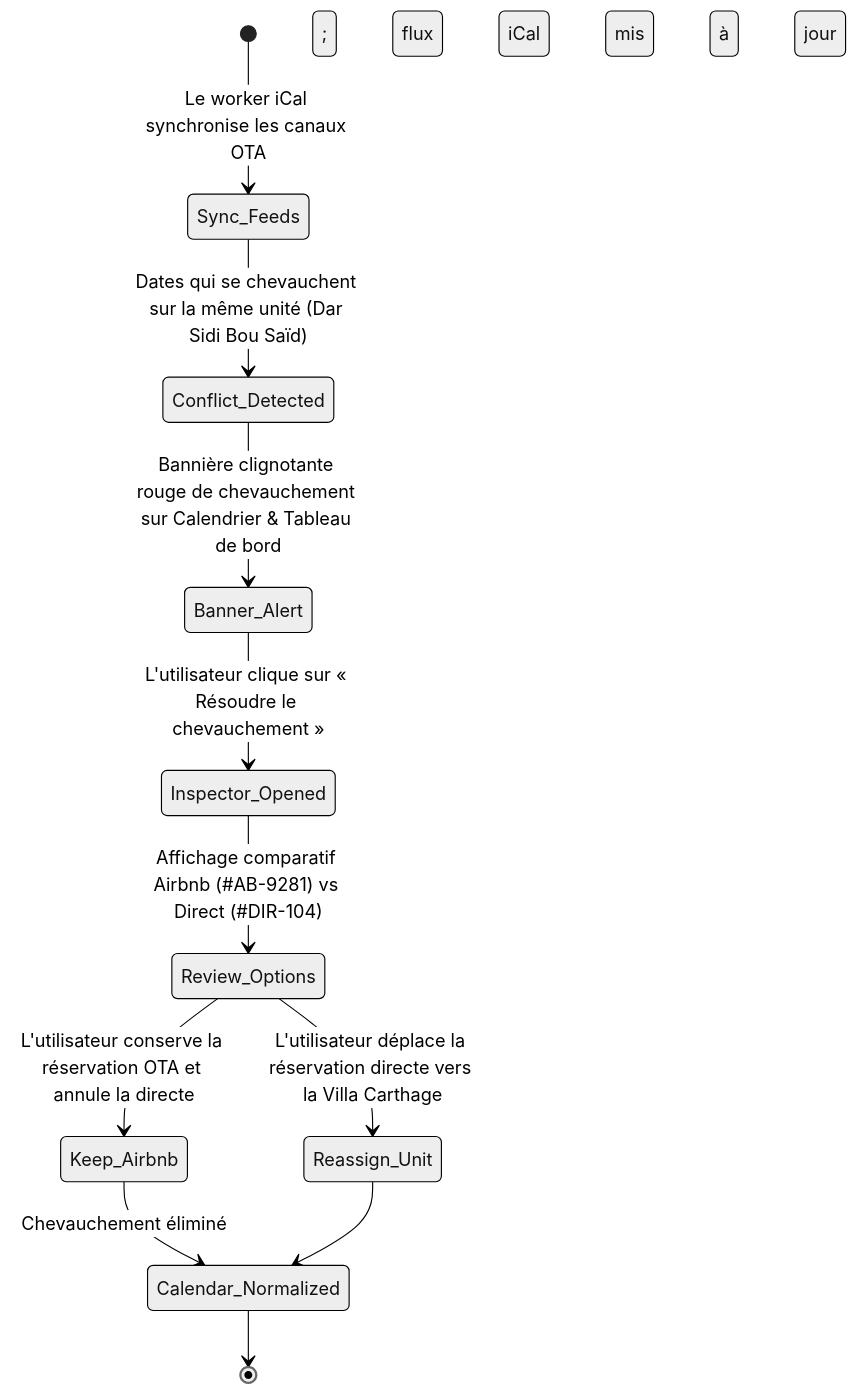
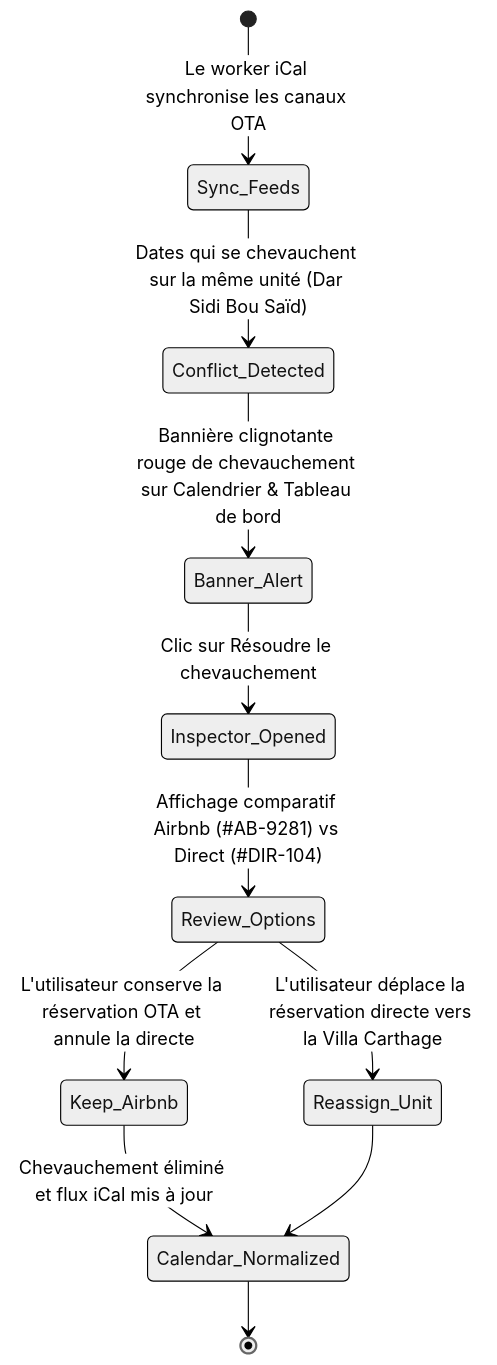
One commit to RaziJemni/stage changed the second of 3 diagrams in docs/academic_fr/18_ui_ux_prototype_and_interaction_specification.md. Above: the diagram before and after it, drawn with Mermaid (neutral theme). The commit also changed other lines of this file and 14 other files, not shown here.

First line of the commit message:
docs: resolve diagram overflows, Mermaid syntax error, and finalize checklists

````diff
--- a/docs/academic_fr/18_ui_ux_prototype_and_interaction_specification.md
+++ b/docs/academic_fr/18_ui_ux_prototype_and_interaction_specification.md
@@ -475,13 +475,13 @@
 ```mermaid
 stateDiagram-v2
     [*] --> Sync_Feeds: Le worker iCal synchronise les canaux OTA
     Sync_Feeds --> Conflict_Detected: Dates qui se chevauchent sur la même unité (Dar Sidi Bou Saïd)
     Conflict_Detected --> Banner_Alert: Bannière clignotante rouge de chevauchement sur Calendrier & Tableau de bord
-    Banner_Alert --> Inspector_Opened: L'utilisateur clique sur « Résoudre le chevauchement »
+    Banner_Alert --> Inspector_Opened: Clic sur Résoudre le chevauchement
     Inspector_Opened --> Review_Options: Affichage comparatif Airbnb (#AB-9281) vs Direct (#DIR-104)
     Review_Options --> Keep_Airbnb: L'utilisateur conserve la réservation OTA et annule la directe
     Review_Options --> Reassign_Unit: L'utilisateur déplace la réservation directe vers la Villa Carthage
-    Keep_Airbnb --> Calendar_Normalized: Chevauchement éliminé ; flux iCal mis à jour
+    Keep_Airbnb --> Calendar_Normalized: Chevauchement éliminé et flux iCal mis à jour
     Reassign_Unit --> Calendar_Normalized
     Calendar_Normalized --> [*]
 ```
````
